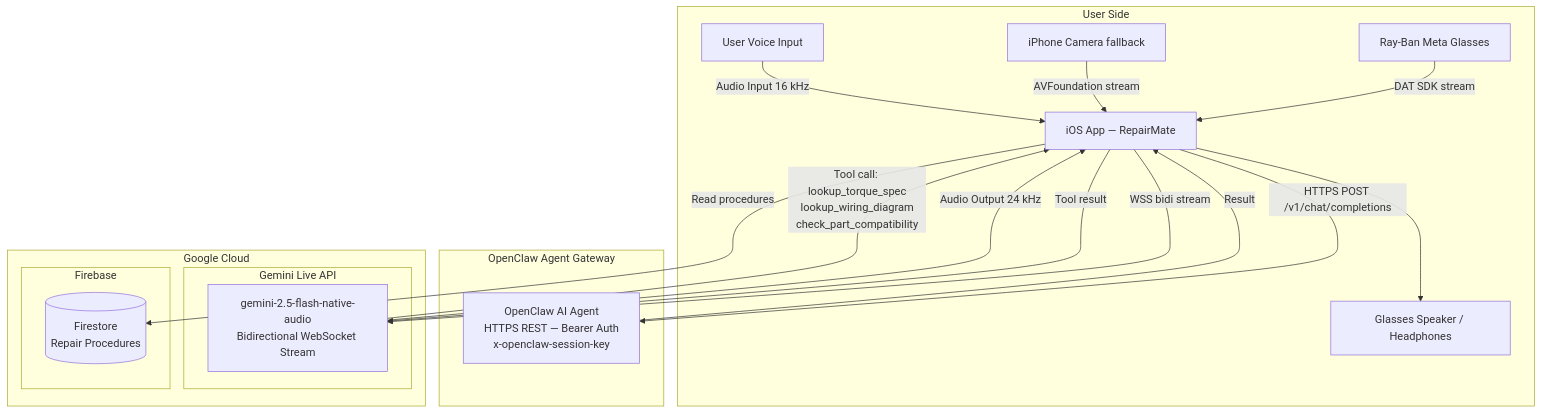
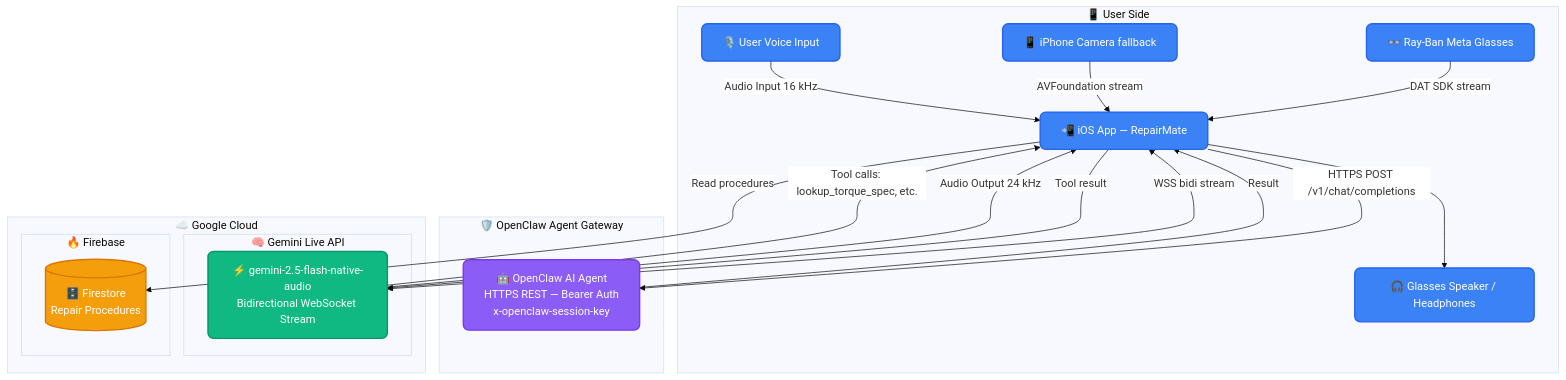
The first of 3 diagrams in docs/ARCHITECTURE.md (openclaw-agent-jb/RepairMate), drawn with Mermaid before and after one commit. The commit also changed other lines of this file, not shown here.

Commit message:
docs: Enhance architecture diagrams with custom themes, node styling, and clearer labels for improved readability.

````diff
--- a/docs/ARCHITECTURE.md
+++ b/docs/ARCHITECTURE.md
@@ -5,37 +5,43 @@
 ```mermaid
+%%{init: {'theme': 'base', 'themeVariables': { 'fontFamily': 'sans-serif', 'edgeLabelBackground':'#ffffff'}}}%%
 flowchart TB
-    subgraph "User Side"
-        GL[Ray-Ban Meta Glasses]
-        IP[iPhone Camera fallback]
-        MIC[User Voice Input]
-        EAR[Glasses Speaker / Headphones]
-        IOS[iOS App — RepairMate]
+    classDef userNode fill:#3b82f6,stroke:#2563eb,stroke-width:2px,color:#fff,rx:8px,ry:8px
+    classDef agentNode fill:#8b5cf6,stroke:#7c3aed,stroke-width:2px,color:#fff,rx:8px,ry:8px
+    classDef cloudNode fill:#10b981,stroke:#059669,stroke-width:2px,color:#fff,rx:8px,ry:8px
+    classDef dbNode fill:#f59e0b,stroke:#d97706,stroke-width:2px,color:#fff,rx:8px,ry:8px
+
+    subgraph UserSide ["📱 User Side"]
+        GL["👓 Ray-Ban Meta Glasses"]:::userNode
+        IP["📱 iPhone Camera fallback"]:::userNode
+        MIC["🎙️ User Voice Input"]:::userNode
+        EAR["🎧 Glasses Speaker / Headphones"]:::userNode
+        IOS["📲 iOS App — RepairMate"]:::userNode
     end
 
-    subgraph "OpenClaw Agent Gateway"
-        OC[OpenClaw AI Agent<br/>HTTPS REST — Bearer Auth<br/>x-openclaw-session-key]
+    subgraph Gateway ["🛡️ OpenClaw Agent Gateway"]
+        OC["🤖 OpenClaw AI Agent<br/>HTTPS REST — Bearer Auth<br/>x-openclaw-session-key"]:::agentNode
     end
 
-    subgraph "Google Cloud"
-        subgraph "Gemini Live API"
-            GEM[gemini-2.5-flash-native-audio<br/>Bidirectional WebSocket Stream]
+    subgraph GCloud ["☁️ Google Cloud"]
+        subgraph GeminiAPI ["🧠 Gemini Live API"]
+            GEM["⚡ gemini-2.5-flash-native-audio<br/>Bidirectional WebSocket Stream"]:::cloudNode
         end
-        subgraph "Firebase"
-            FS[(Firestore<br/>Repair Procedures)]
+        subgraph FirebaseDB ["🔥 Firebase"]
+            FS[("🗄️ Firestore<br/>Repair Procedures")]:::dbNode
         end
     end
 
     GL -->|DAT SDK stream| IOS
     IP -->|AVFoundation stream| IOS
     MIC -->|Audio Input 16 kHz| IOS
-    IOS -->|WSS bidi stream| GEM
+    IOS <-->|WSS bidi stream| GEM
     GEM -->|Audio Output 24 kHz| IOS
     IOS --> EAR
 
-    GEM -->|Tool call: lookup_torque_spec<br/>lookup_wiring_diagram<br/>check_part_compatibility| IOS
+    GEM -->|Tool calls: lookup_torque_spec, etc.| IOS
     IOS -->|HTTPS POST /v1/chat/completions| OC
     OC -->|Result| IOS
     IOS -->|Tool result| GEM
 
     IOS -->|Read procedures| FS
 ```
````
